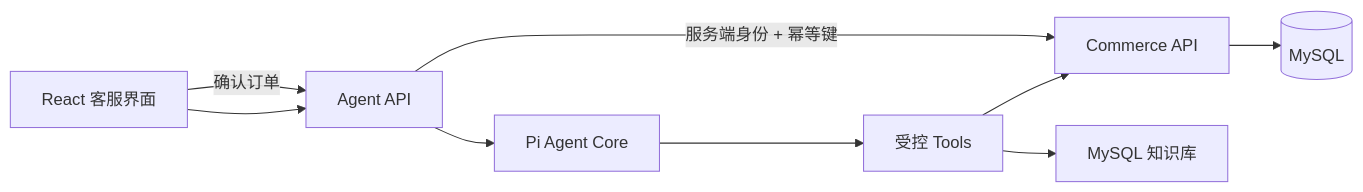
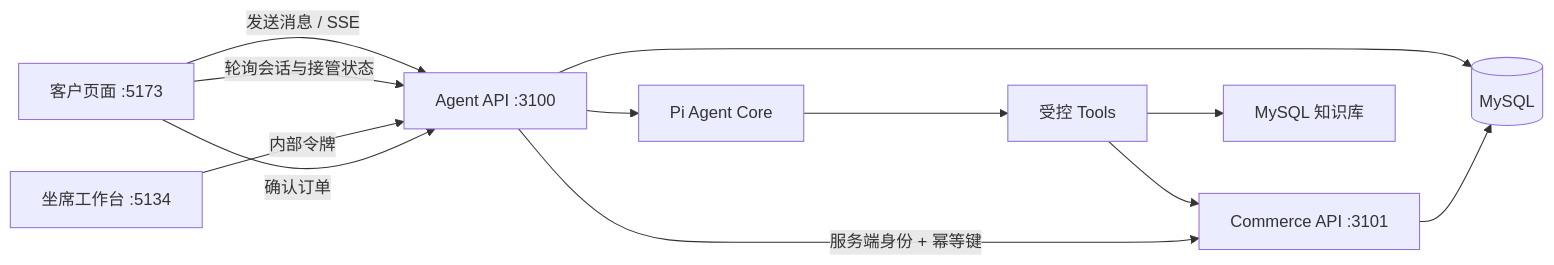
Before and after one commit to zzx666-code/pi: the diagram in packages/customer-service-agent/README.md, drawn with Mermaid. The commit also changed other lines of this file and 67 other files, not shown here.

````diff
--- a/packages/customer-service-agent/README.md
+++ b/packages/customer-service-agent/README.md
@@ -5,11 +13,14 @@
 ```mermaid
 flowchart LR
-  UI[React 客服界面] --> API[Agent API]
+  CUSTOMER[客户页面 :5173] -->|发送消息 / SSE| API[Agent API :3100]
+  CUSTOMER -->|轮询会话与接管状态| API
+  DESK[坐席工作台 :5134] -->|内部令牌| API
   API --> PI[Pi Agent Core]
   PI --> TOOLS[受控 Tools]
-  TOOLS --> BIZ[Commerce API]
+  TOOLS --> BIZ[Commerce API :3101]
   TOOLS --> KB[MySQL 知识库]
-  BIZ --> MYSQL[(MySQL)]
-  UI -->|确认订单| API
+  API --> MYSQL[(MySQL)]
+  BIZ --> MYSQL
+  CUSTOMER -->|确认订单| API
   API -->|服务端身份 + 幂等键| BIZ
 ```
````
